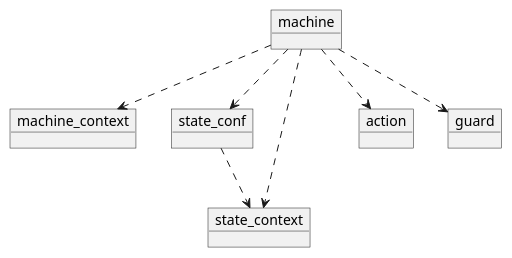
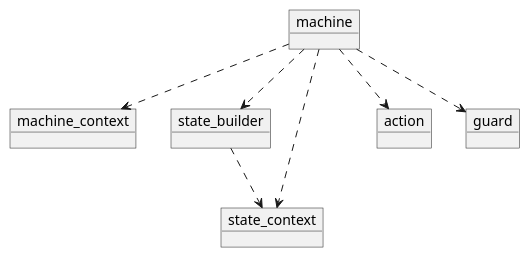
One commit to fgoujeon/maki changed the diagram in doc/extra/circular-dependency.md. Above: the diagram before and after it, drawn with PlantUML. The commit also changed 75 other files, not shown here.

First line of the commit message:
`state_conf` -> `state_builder`

```diff
--- a/doc/extra/circular-dependency.md
+++ b/doc/extra/circular-dependency.md
@@ -5,18 +5,18 @@
 @startuml{object_dependency.png} "Dependency Between Maki Objects"
 
 object machine
 object machine_context
-object state_conf
+object state_builder
 object state_context
 object action
 object guard
 
 machine ..> machine_context
 machine ..> state_context
-machine ..> state_conf
+machine ..> state_builder
 machine ..> action
 machine ..> guard
 
-state_conf ..> state_context
+state_builder ..> state_context
 
 @enduml
```
